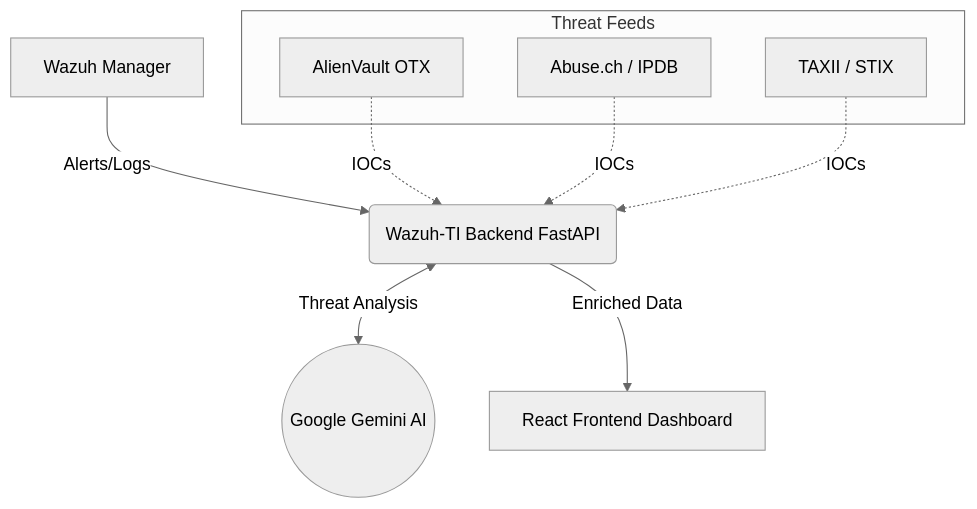
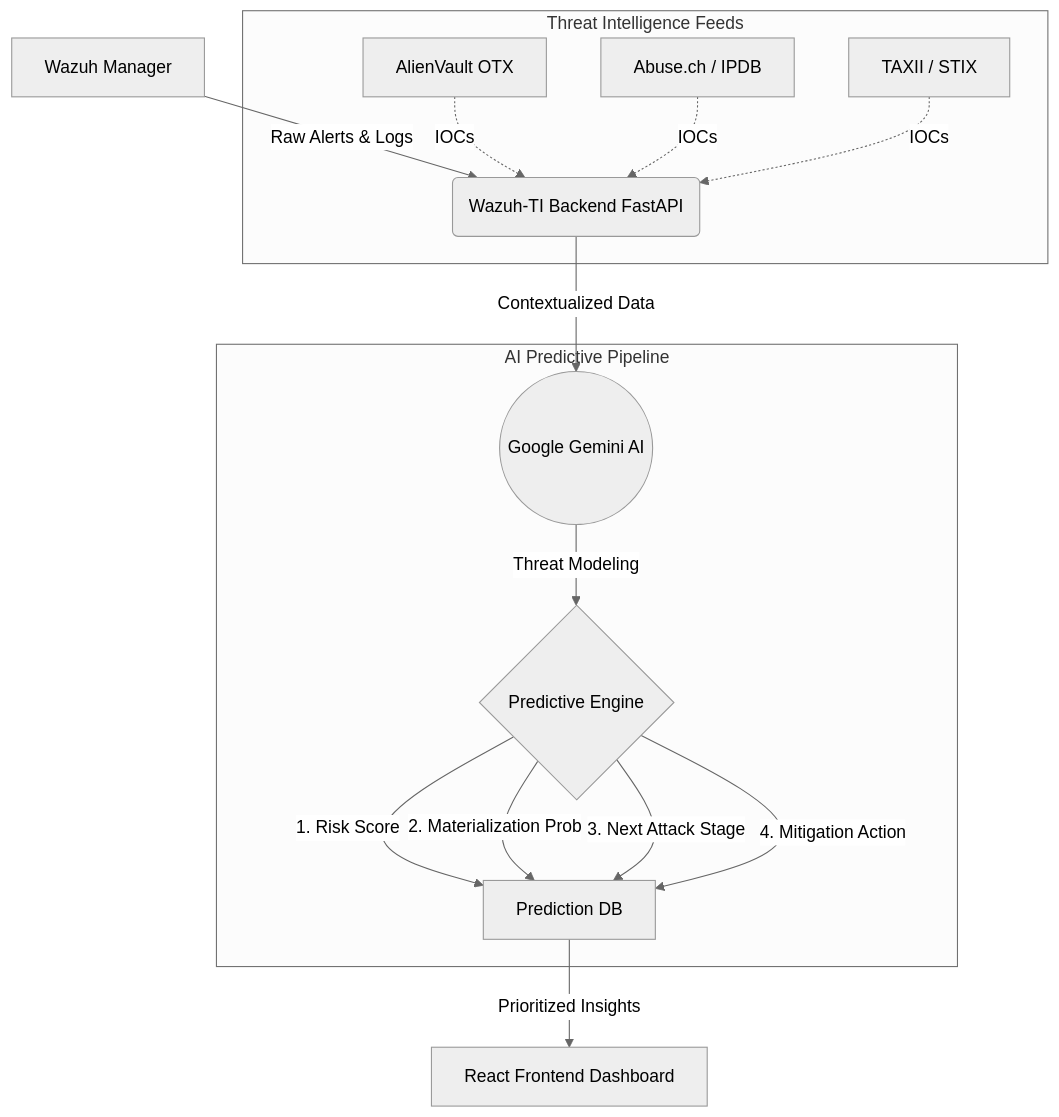
The diagram in README.md (Syed-Saadan-Uddin/STIX-TAXII-Integration-in-Wazuh), drawn with Mermaid (neutral theme) before and after one commit. The commit also changed other lines of this file and 6 other files, not shown here.

````diff
--- a/README.md
+++ b/README.md
@@ -92,18 +107,21 @@
 ```mermaid
 graph TD
-    A[Wazuh Manager] -->|Alerts/Logs| B(Wazuh-TI Backend FastAPI)
+    A[Wazuh Manager] -->|Raw Alerts & Logs| B(Wazuh-TI Backend FastAPI)
     
-    subgraph Threat Feeds
-    C[AlienVault OTX]
-    D[Abuse.ch / IPDB]
-    E[TAXII / STIX]
+    subgraph Threat Intelligence Feeds
+    C[AlienVault OTX] -.->|IOCs| B
+    D[Abuse.ch / IPDB] -.->|IOCs| B
+    E[TAXII / STIX] -.->|IOCs| B
     end
     
-    C -.->|IOCs| B
-    D -.->|IOCs| B
-    E -.->|IOCs| B
+    subgraph AI Predictive Pipeline
+    B -->|Contextualized Data| F((Google Gemini AI))
+    F -->|Threat Modeling| H{Predictive Engine}
+    H -->|1. Risk Score| P[Prediction DB]
+    H -->|2. Materialization Prob| P
+    H -->|3. Next Attack Stage| P
+    H -->|4. Mitigation Action| P
+    end
     
-    B <-->|Threat Analysis| F((Google Gemini AI))
-    
-    B -->|Enriched Data| G[React Frontend Dashboard]
+    P -->|Prioritized Insights| G[React Frontend Dashboard]
 ```
````
